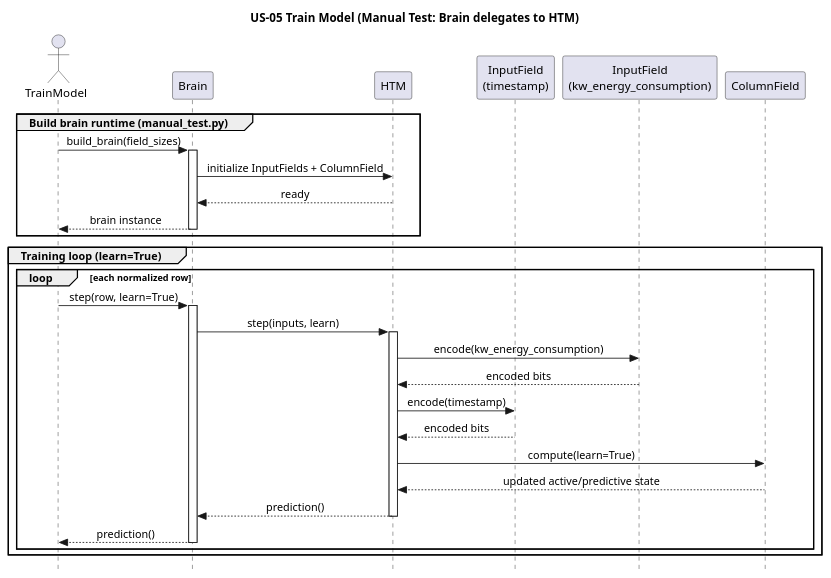
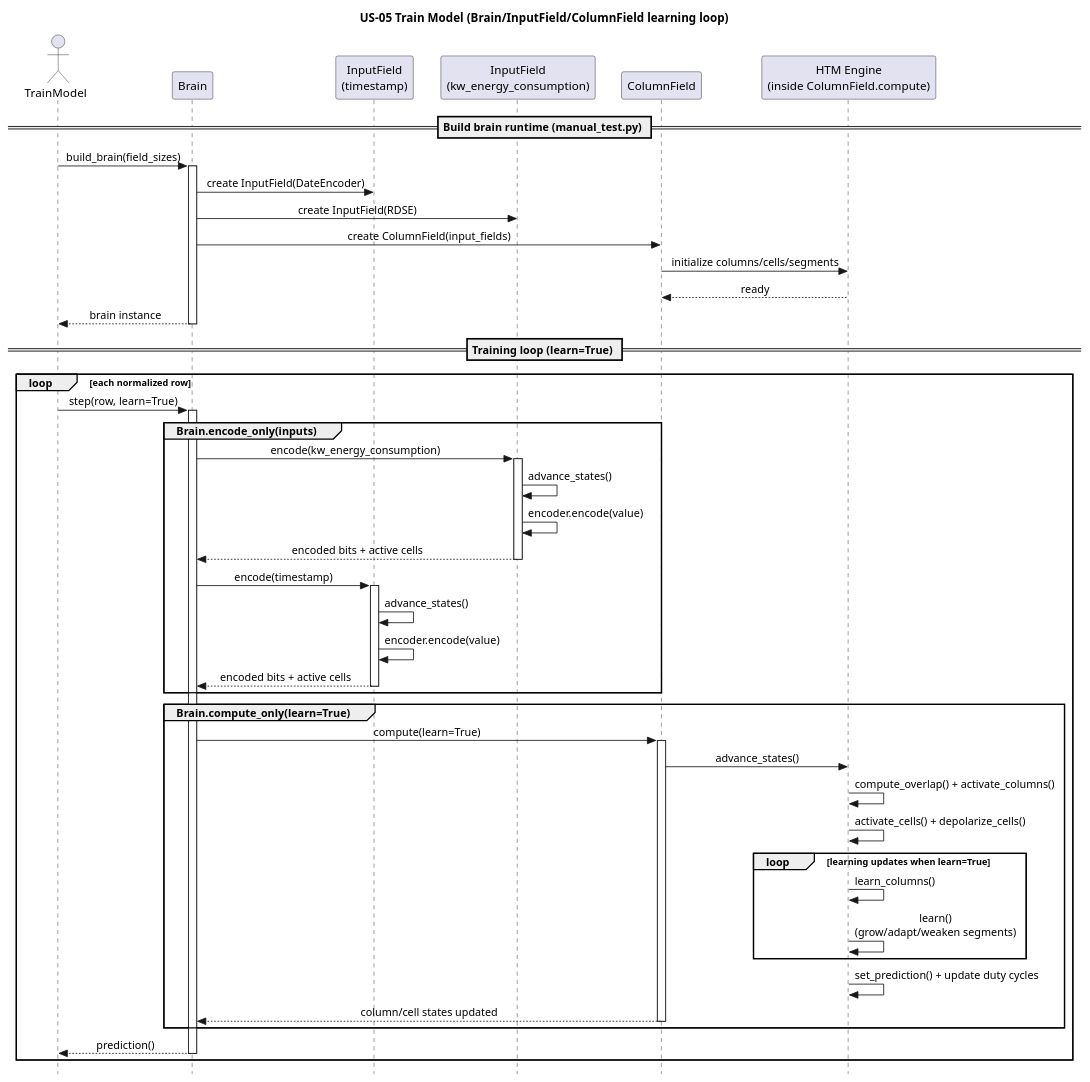
Before and after one commit to egrembocki/htmrl: the diagram in docs/puml/US/us-05.puml, drawn with PlantUML.

Commit message:
Update US-05 sequence to show Brain/HTM learning loop

```diff
--- a/docs/puml/US/us-05.puml
+++ b/docs/puml/US/us-05.puml
@@ -1,45 +1,67 @@
 @startuml
 skinparam style strictuml
 skinparam sequenceMessageAlign center
 skinparam responseMessageBelowArrow true
-title US-05 Train Model (Manual Test: Brain delegates to HTM)
+title US-05 Train Model (Brain/InputField/ColumnField learning loop)
 
 actor TrainModel
 participant "Brain" as B
-participant "HTM" as H
 participant "InputField\n(timestamp)" as IFTS
 participant "InputField\n(kw_energy_consumption)" as IFKWH
 participant "ColumnField" as CF
+participant "HTM Engine\n(inside ColumnField.compute)" as H
 
-group Build brain runtime (manual_test.py)
-  TrainModel -> B: build_brain(field_sizes)
+== Build brain runtime (manual_test.py) ==
+TrainModel -> B: build_brain(field_sizes)
+activate B
+B -> IFTS: create InputField(DateEncoder)
+B -> IFKWH: create InputField(RDSE)
+B -> CF: create ColumnField(input_fields)
+CF -> H: initialize columns/cells/segments
+H --> CF: ready
+B --> TrainModel: brain instance
+
+deactivate B
+
+== Training loop (learn=True) ==
+loop each normalized row
+  TrainModel -> B: step(row, learn=True)
   activate B
-  B -> H: initialize InputFields + ColumnField
-  H --> B: ready
-  B --> TrainModel: brain instance
+
+  group Brain.encode_only(inputs)
+    B -> IFKWH: encode(kw_energy_consumption)
+    activate IFKWH
+    IFKWH -> IFKWH: advance_states()
+    IFKWH -> IFKWH: encoder.encode(value)
+    IFKWH --> B: encoded bits + active cells
+    deactivate IFKWH
+
+    B -> IFTS: encode(timestamp)
+    activate IFTS
+    IFTS -> IFTS: advance_states()
+    IFTS -> IFTS: encoder.encode(value)
+    IFTS --> B: encoded bits + active cells
+    deactivate IFTS
+  end
+
+  group Brain.compute_only(learn=True)
+    B -> CF: compute(learn=True)
+    activate CF
+    CF -> H: advance_states()
+    H -> H: compute_overlap() + activate_columns()
+    H -> H: activate_cells() + depolarize_cells()
+
+    loop learning updates when learn=True
+      H -> H: learn_columns()
+      H -> H: learn()\n(grow/adapt/weaken segments)
+    end
+
+    H -> H: set_prediction() + update duty cycles
+    CF --> B: column/cell states updated
+    deactivate CF
+  end
+
+  B --> TrainModel: prediction()
   deactivate B
 end
-
-group Training loop (learn=True)
-  loop each normalized row
-    TrainModel -> B: step(row, learn=True)
-    activate B
-    B -> H: step(inputs, learn)
-    activate H
-
-    H -> IFKWH: encode(kw_energy_consumption)
-    IFKWH --> H: encoded bits
-
-    H -> IFTS: encode(timestamp)
-    IFTS --> H: encoded bits
-
-    H -> CF: compute(learn=True)
-    CF --> H: updated active/predictive state
-
-    H --> B: prediction()
-    deactivate H
-    B --> TrainModel: prediction()
-    deactivate B
-  end
-end
 @enduml
```
